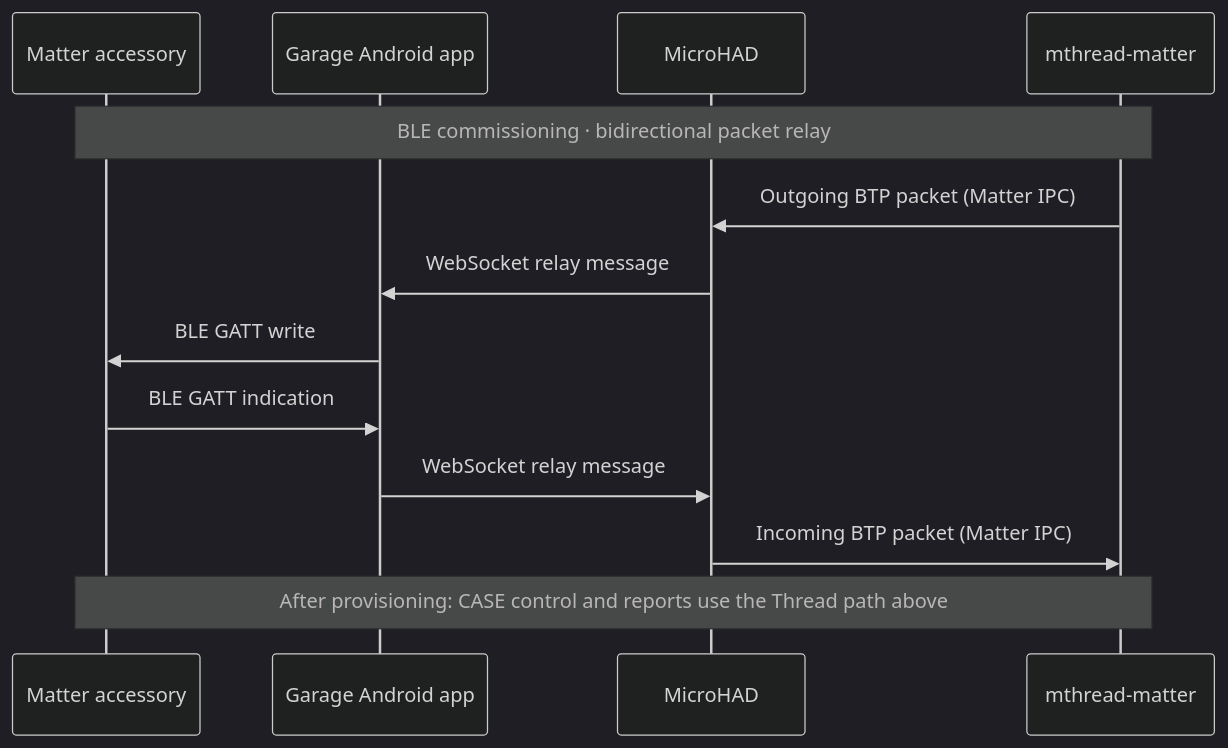
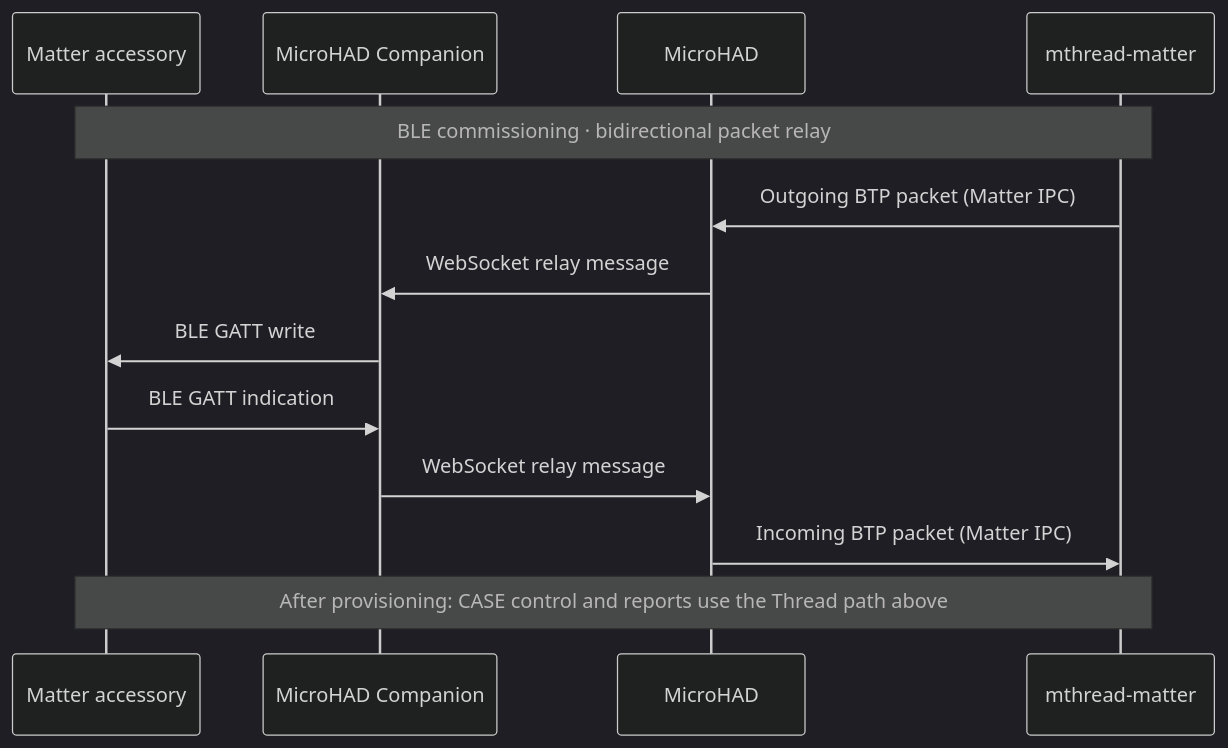
One commit to ChristophKaser/microhad changed the second of 2 diagrams in readme.md. Above: the diagram before and after it, drawn with Mermaid (dark theme). The commit also changed other lines of this file and 59 other files, not shown here.

Commit message:
Add MIT Android companion with configurable Matter and FCM support

````diff
--- a/readme.md
+++ b/readme.md
@@ -116,15 +117,15 @@
 ```mermaid
 sequenceDiagram
     participant accessory as Matter accessory
-    participant phone as Garage Android app
+    participant phone as MicroHAD Companion
     participant native as MicroHAD
     participant matter as mthread-matter
     Note over accessory,matter: BLE commissioning · bidirectional packet relay
     matter->>native: Outgoing BTP packet (Matter IPC)
     native->>phone: WebSocket relay message
     phone->>accessory: BLE GATT write
     accessory->>phone: BLE GATT indication
     phone->>native: WebSocket relay message
     native->>matter: Incoming BTP packet (Matter IPC)
     Note over accessory,matter: After provisioning: CASE control and reports use the Thread path above
 ```
````
